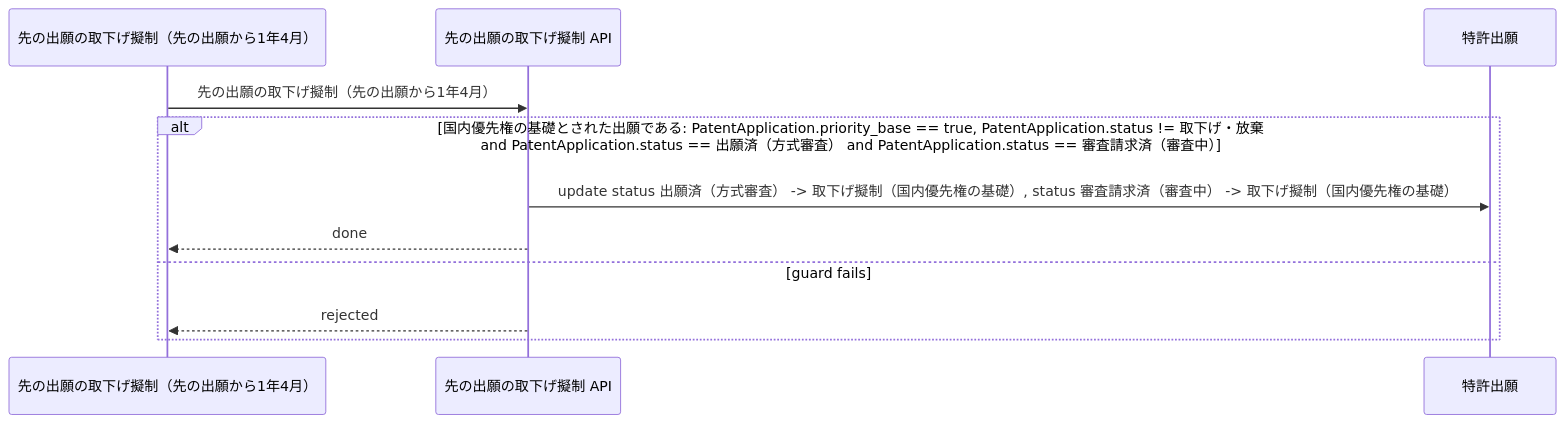
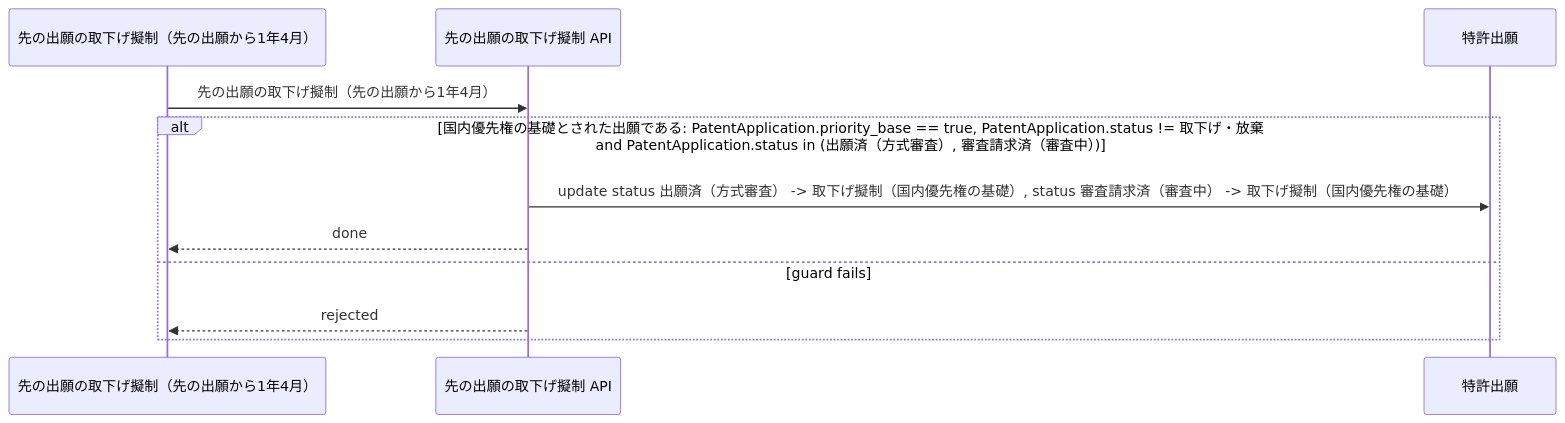
The diagram in samples/patent-ops/out/uc/sequence_DeemPriorityBaseWithdrawn.mmd (manji-0/rdra-ish-dsl), drawn with Mermaid before and after one commit. The commit also changed 27 other files, not shown here.

```diff
--- a/samples/patent-ops/out/uc/sequence_DeemPriorityBaseWithdrawn.mmd
+++ b/samples/patent-ops/out/uc/sequence_DeemPriorityBaseWithdrawn.mmd
@@ -1,14 +1,14 @@
 %% rdra-ish diagram=sequence scope=usecase:DeemPriorityBaseWithdrawn model=samples/patent-ops
 %% kinds: timer api entity
 %% omitted: buc step condition
 sequenceDiagram
   participant timer__PriorityBaseDeadline as 先の出願の取下げ擬制（先の出願から1年4月）
   participant api__PriorityBaseApi as 先の出願の取下げ擬制 API
   participant entity__PatentApplication as 特許出願
   timer__PriorityBaseDeadline ->> api__PriorityBaseApi: 先の出願の取下げ擬制（先の出願から1年4月）
-  alt 国内優先権の基礎とされた出願である: PatentApplication.priority_base == true, PatentApplication.status != 取下げ・放棄 and PatentApplication.status == 出願済（方式審査） and PatentApplication.status == 審査請求済（審査中）
+  alt 国内優先権の基礎とされた出願である: PatentApplication.priority_base == true, PatentApplication.status != 取下げ・放棄 and PatentApplication.status in (出願済（方式審査）, 審査請求済（審査中）)
     api__PriorityBaseApi ->> entity__PatentApplication: update status 出願済（方式審査） -> 取下げ擬制（国内優先権の基礎）, status 審査請求済（審査中） -> 取下げ擬制（国内優先権の基礎）
     api__PriorityBaseApi -->> timer__PriorityBaseDeadline: done
   else guard fails
     api__PriorityBaseApi -->> timer__PriorityBaseDeadline: rejected
   end
```
